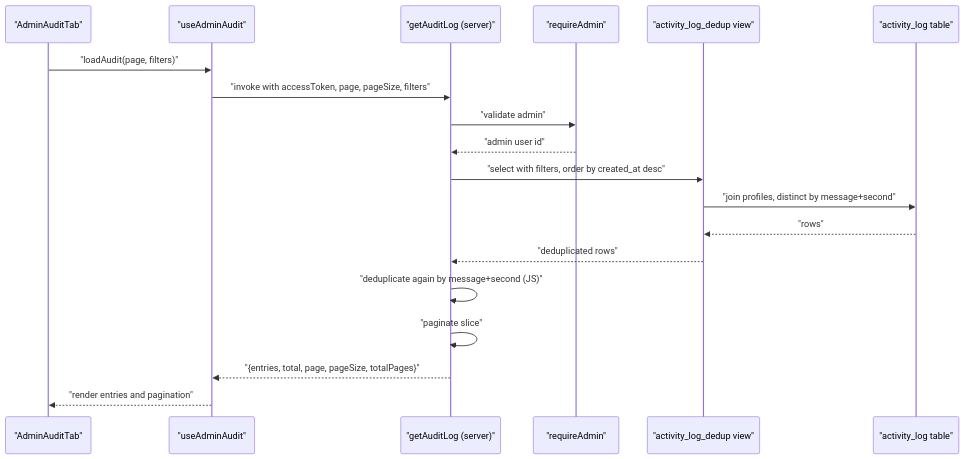
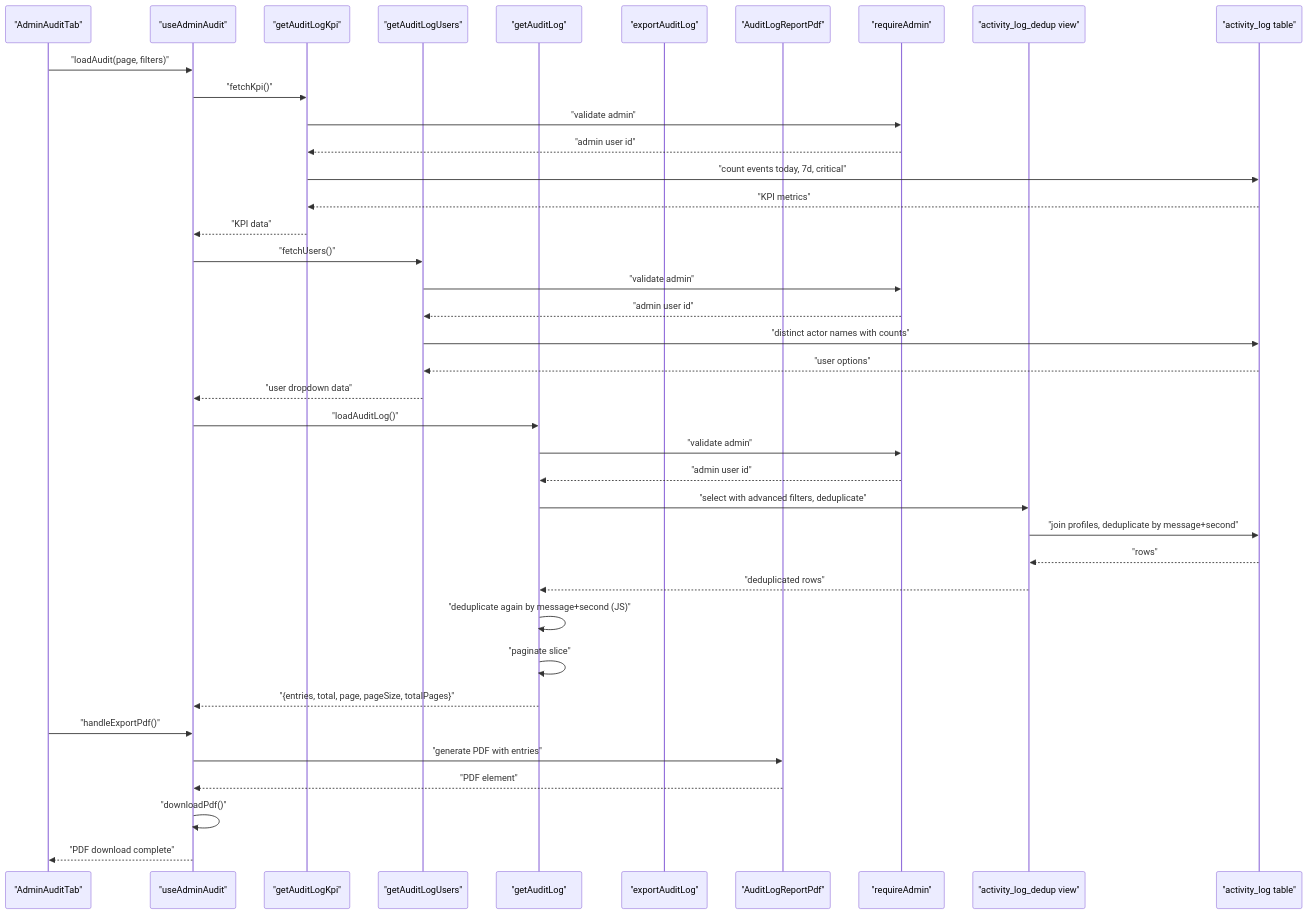
Before and after one commit to gastaldellomarco/pcReady: the second of 12 diagrams in .qoder/repowiki/en/content/Administrative Features/Audit Logging System.md, drawn with Mermaid. The commit also changed other lines of this file and 4 other files, not shown here.

First line of the commit message:
feat(audit): revamp audit logging system with dual views, real-time KPIs, and export features

````diff
--- a/.qoder/repowiki/en/content/Administrative Features/Audit Logging System.md
+++ b/.qoder/repowiki/en/content/Administrative Features/Audit Logging System.md
@@ -113,21 +144,41 @@
 ```mermaid
 sequenceDiagram
 participant Admin as "AdminAuditTab"
 participant Hook as "useAdminAudit"
-participant Srv as "getAuditLog (server)"
+participant KPI as "getAuditLogKpi"
+participant Users as "getAuditLogUsers"
+participant Logs as "getAuditLog"
+participant Export as "exportAuditLog"
+participant PDF as "AuditLogReportPdf"
 participant Sec as "requireAdmin"
 participant DBV as "activity_log_dedup view"
 participant DB as "activity_log table"
 Admin->>Hook : "loadAudit(page, filters)"
-Hook->>Srv : "invoke with accessToken, page, pageSize, filters"
-Srv->>Sec : "validate admin"
-Sec-->>Srv : "admin user id"
-Srv->>DBV : "select with filters, order by created_at desc"
-DBV->>DB : "join profiles, distinct by message+second"
+Hook->>KPI : "fetchKpi()"
+KPI->>Sec : "validate admin"
+Sec-->>KPI : "admin user id"
+KPI->>DB : "count events today, 7d, critical"
+DB-->>KPI : "KPI metrics"
+KPI-->>Hook : "KPI data"
+Hook->>Users : "fetchUsers()"
+Users->>Sec : "validate admin"
+Sec-->>Users : "admin user id"
+Users->>DB : "distinct actor names with counts"
+DB-->>Users : "user options"
+Users-->>Hook : "user dropdown data"
+Hook->>Logs : "loadAuditLog()"
+Logs->>Sec : "validate admin"
+Sec-->>Logs : "admin user id"
+Logs->>DBV : "select with advanced filters, deduplicate"
+DBV->>DB : "join profiles, deduplicate by message+second"
 DB-->>DBV : "rows"
-DBV-->>Srv : "deduplicated rows"
-Srv->>Srv : "deduplicate again by message+second (JS)"
-Srv->>Srv : "paginate slice"
-Srv-->>Hook : "{entries, total, page, pageSize, totalPages}"
-Hook-->>Admin : "render entries and pagination"
+DBV-->>Logs : "deduplicated rows"
+Logs->>Logs : "deduplicate again by message+second (JS)"
+Logs->>Logs : "paginate slice"
+Logs-->>Hook : "{entries, total, page, pageSize, totalPages}"
+Admin->>Hook : "handleExportPdf()"
+Hook->>PDF : "generate PDF with entries"
+PDF-->>Hook : "PDF element"
+Hook->>Hook : "downloadPdf()"
+Hook-->>Admin : "PDF download complete"
 ```
````
